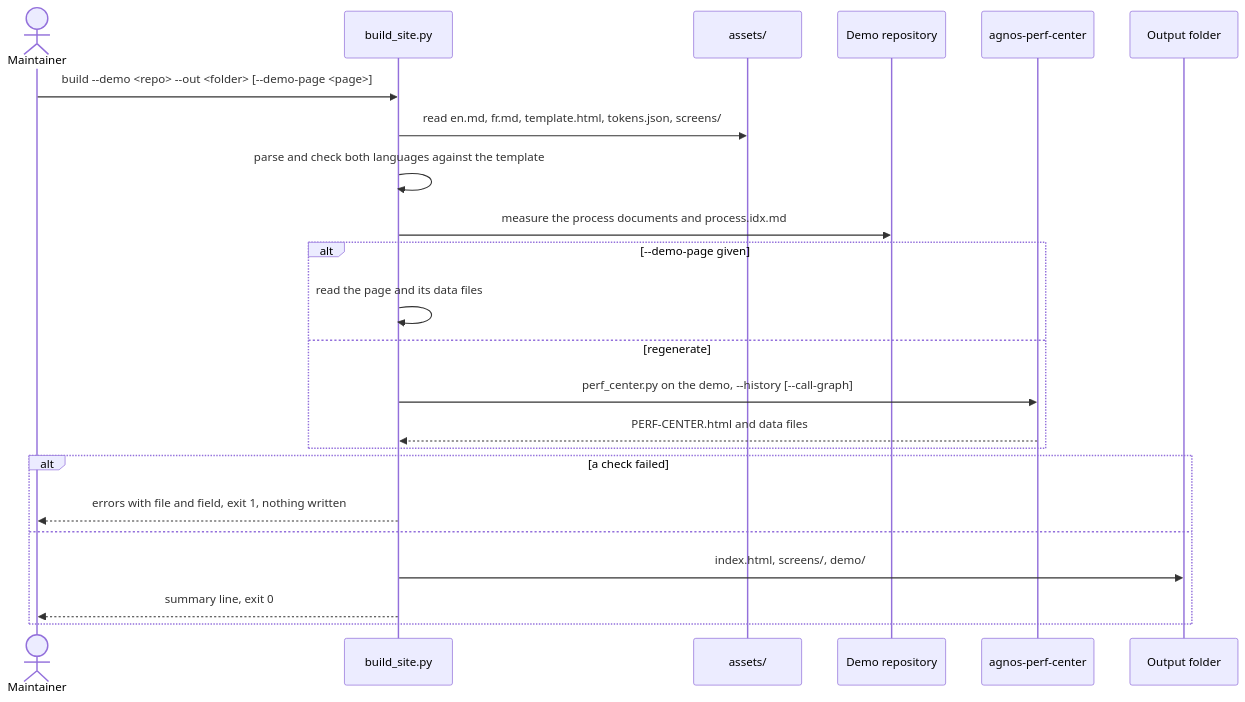
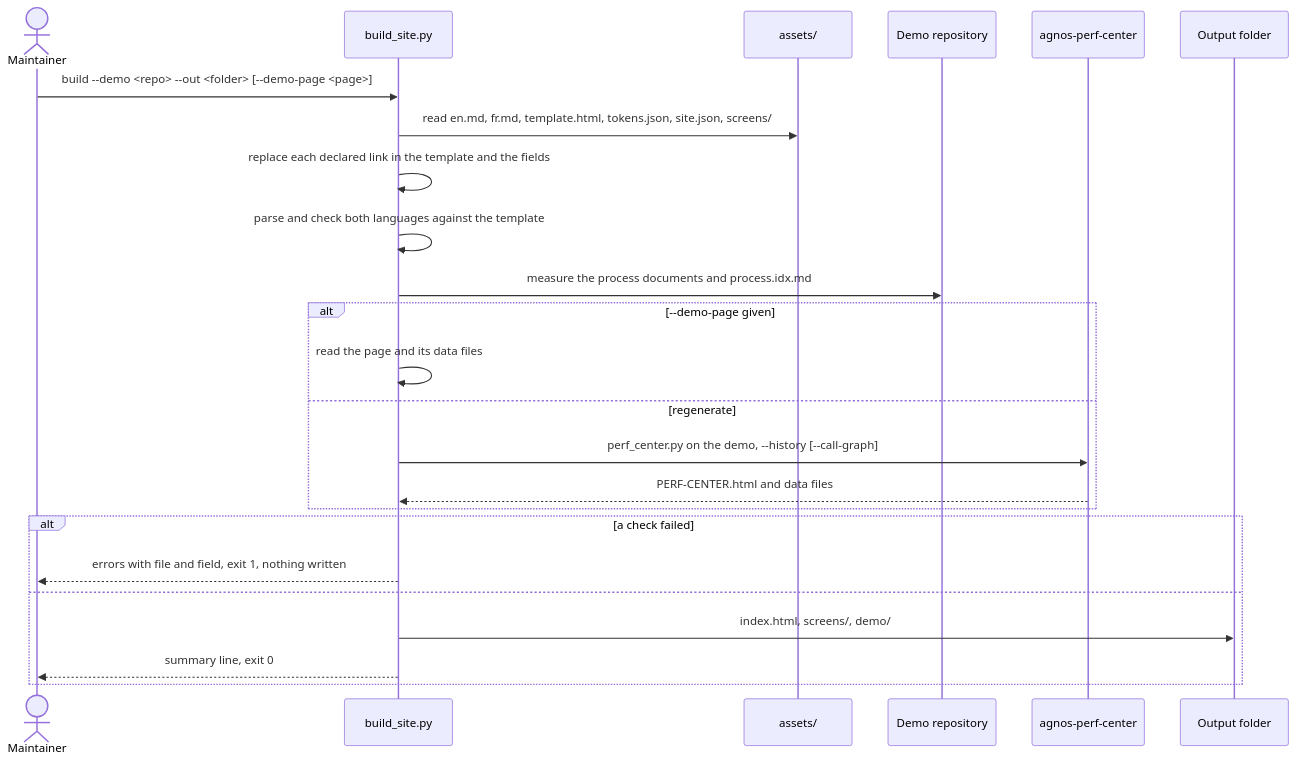
One commit to spashx/agnos changed the second of 2 diagrams in agnos-process/2.architecture/ADR-WEB-001-presentation-website.md. Above: the diagram before and after it, drawn with Mermaid. The commit also changed other lines of this file and 3 other files, not shown here.

````diff
--- a/agnos-process/2.architecture/ADR-WEB-001-presentation-website.md
+++ b/agnos-process/2.architecture/ADR-WEB-001-presentation-website.md
@@ -110,25 +123,26 @@
 ```mermaid
 sequenceDiagram
   actor M as Maintainer
   participant B as build_site.py
   participant A as assets/
   participant D as Demo repository
   participant P as agnos-perf-center
   participant O as Output folder
   M->>B: build --demo <repo> --out <folder> [--demo-page <page>]
-  B->>A: read en.md, fr.md, template.html, tokens.json, screens/
+  B->>A: read en.md, fr.md, template.html, tokens.json, site.json, screens/
+  B->>B: replace each declared link in the template and the fields
   B->>B: parse and check both languages against the template
   B->>D: measure the process documents and process.idx.md
   alt --demo-page given
     B->>B: read the page and its data files
   else regenerate
     B->>P: perf_center.py on the demo, --history [--call-graph]
     P-->>B: PERF-CENTER.html and data files
   end
   alt a check failed
     B-->>M: errors with file and field, exit 1, nothing written
   else
     B->>O: index.html, screens/, demo/
     B-->>M: summary line, exit 0
   end
 ```
````
